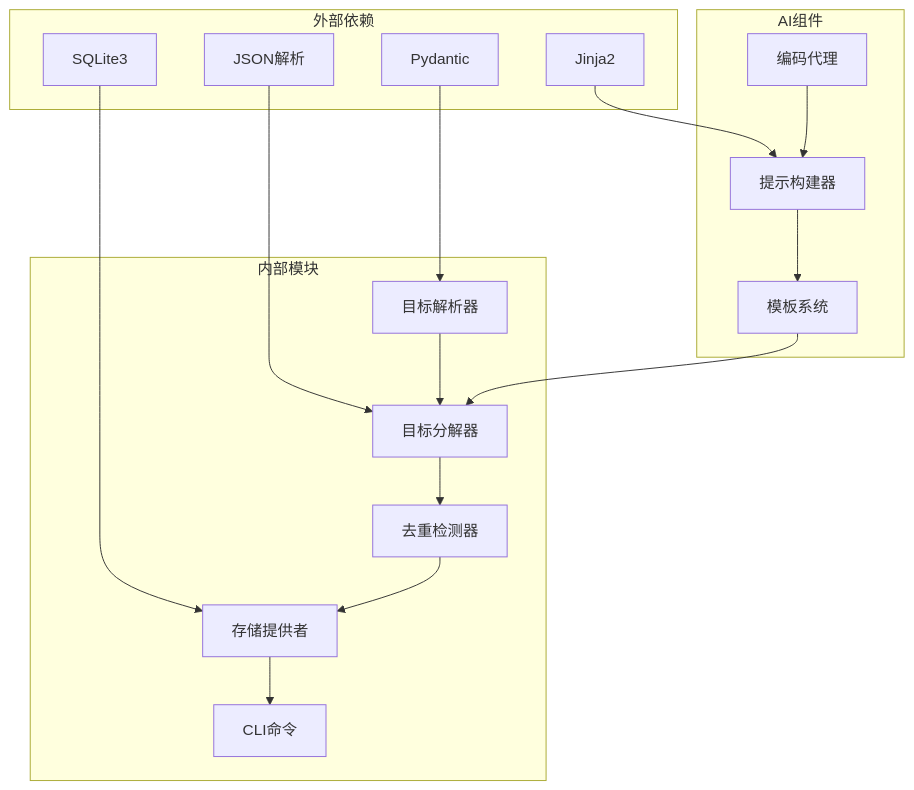
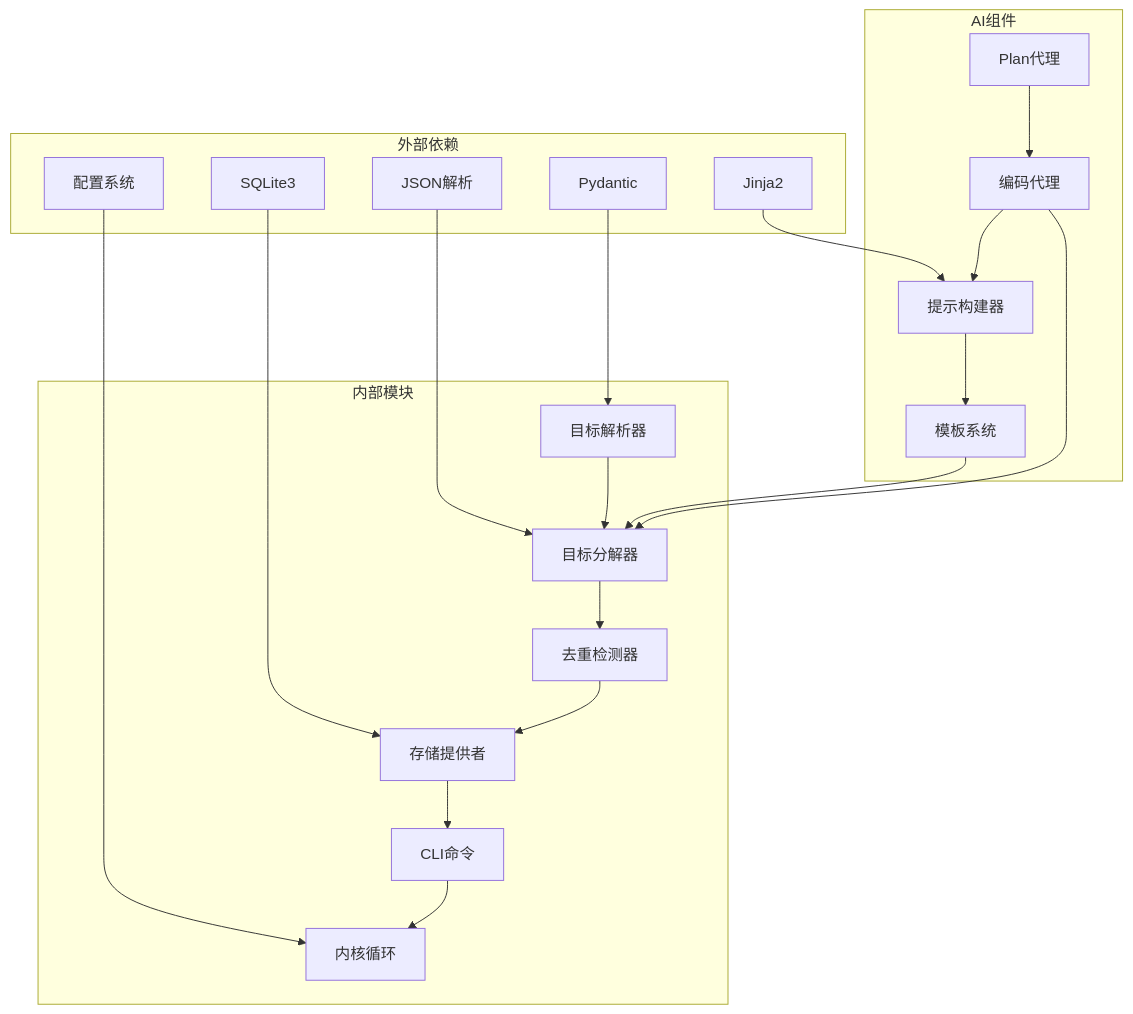
One commit to pinsonchen/vivify changed the eighth of 8 diagrams in .qoder/repowiki/zh/content/技术实现参考/自动目标分解功能.md. Above: the diagram before and after it, drawn with Mermaid. The commit also changed other lines of this file and 9 other files, not shown here.

````diff
--- a/.qoder/repowiki/zh/content/技术实现参考/自动目标分解功能.md
+++ b/.qoder/repowiki/zh/content/技术实现参考/自动目标分解功能.md
@@ -270,32 +364,39 @@
 ```mermaid
 graph TB
 subgraph "外部依赖"
 A[Pydantic]
 B[Jinja2]
 C[SQLite3]
 D[JSON解析]
+E[配置系统]
 end
 subgraph "内部模块"
-E[目标解析器]
-F[目标分解器]
-G[去重检测器]
-H[存储提供者]
-I[CLI命令]
+F[目标解析器]
+G[目标分解器]
+H[去重检测器]
+I[存储提供者]
+J[CLI命令]
+K[内核循环]
 end
 subgraph "AI组件"
-J[编码代理]
-K[提示构建器]
-L[模板系统]
+L[编码代理]
+M[提示构建器]
+N[模板系统]
+O[Plan代理]
 end
-A --> E
-B --> K
-C --> H
-D --> F
-E --> F
+A --> F
+B --> M
+C --> I
+D --> G
+E --> K
 F --> G
 G --> H
 H --> I
+I --> J
 J --> K
-K --> L
-L --> F
+L --> M
+M --> N
+N --> G
+O --> L
+L --> G
 ```
````
